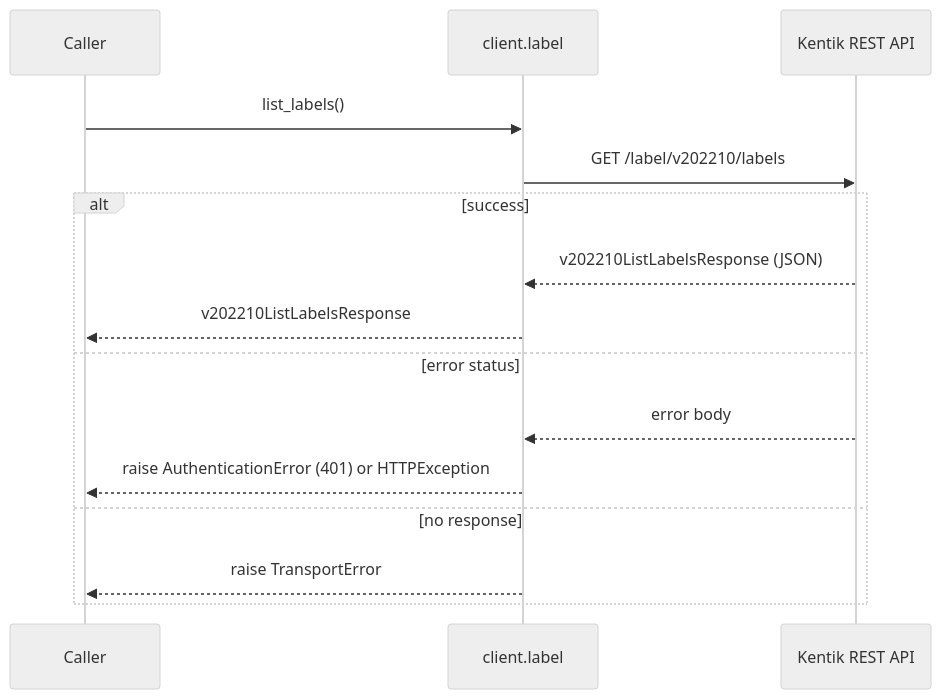
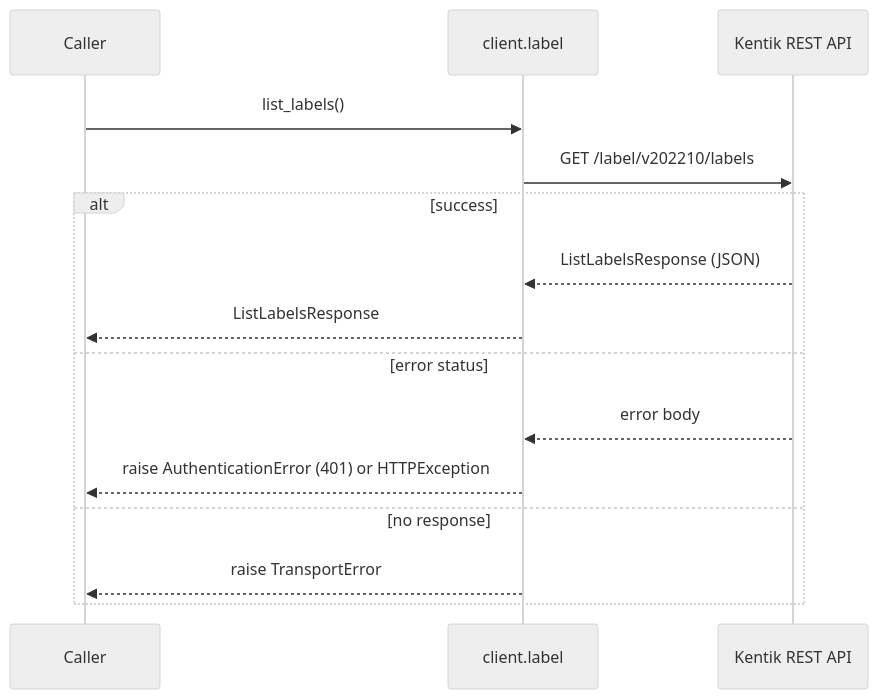
Before and after one commit to alexdearaujo/community_sdk_python: the second of 10 diagrams in docs/sphinx/services/label.md, drawn with Mermaid (neutral theme). The commit also changed other lines of this file and 38 other files, not shown here.

````diff
--- a/docs/sphinx/services/label.md
+++ b/docs/sphinx/services/label.md
@@ -38,18 +38,18 @@
 ```mermaid
 sequenceDiagram
     participant C as Caller
     participant W as client.label
     participant API as Kentik REST API
 
     C->>W: list_labels()
     W->>API: GET /label/v202210/labels
     alt success
-        API-->>W: v202210ListLabelsResponse (JSON)
-        W-->>C: v202210ListLabelsResponse
+        API-->>W: ListLabelsResponse (JSON)
+        W-->>C: ListLabelsResponse
     else error status
         API-->>W: error body
         W-->>C: raise AuthenticationError (401) or HTTPException
     else no response
         W-->>C: raise TransportError
     end
 ```
````
